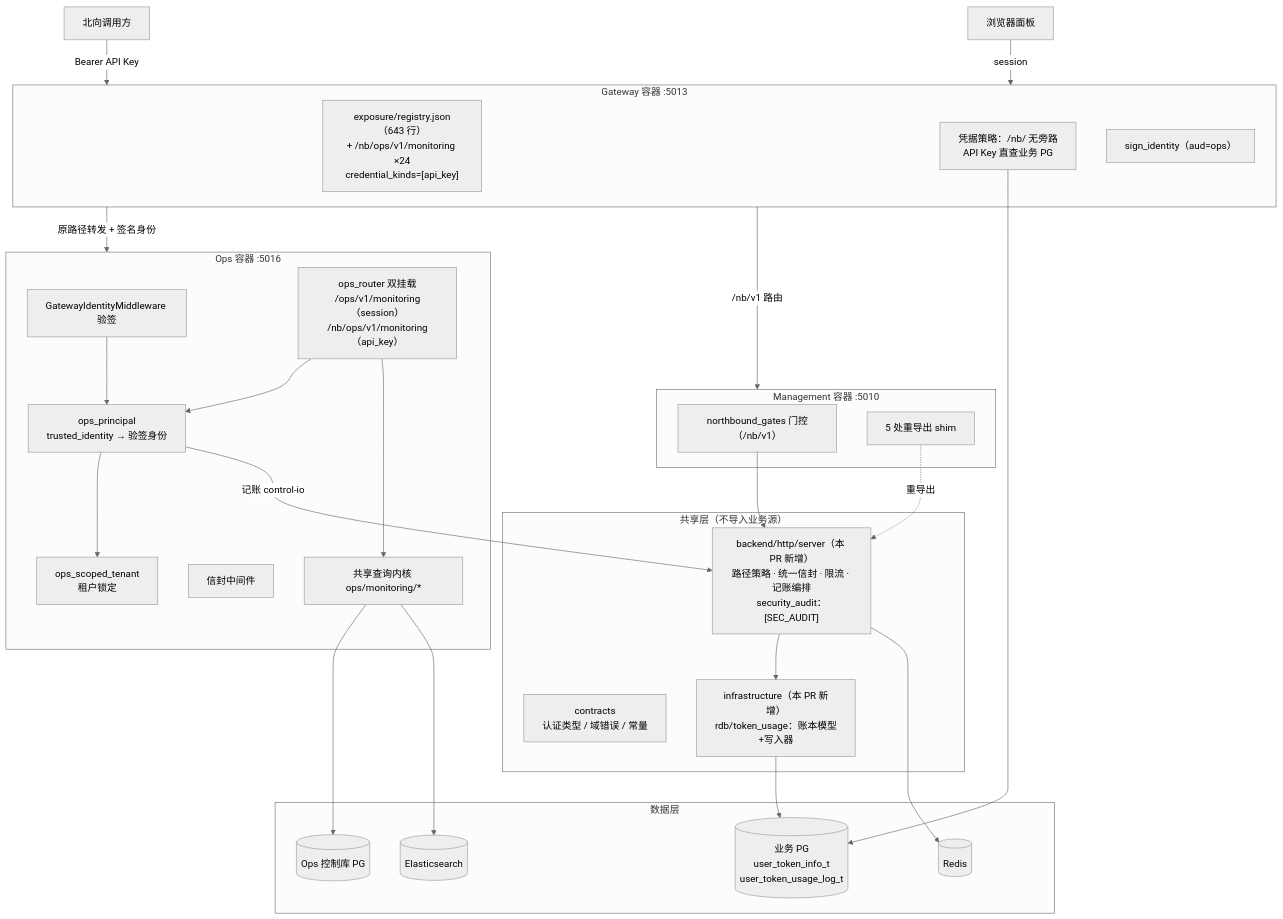
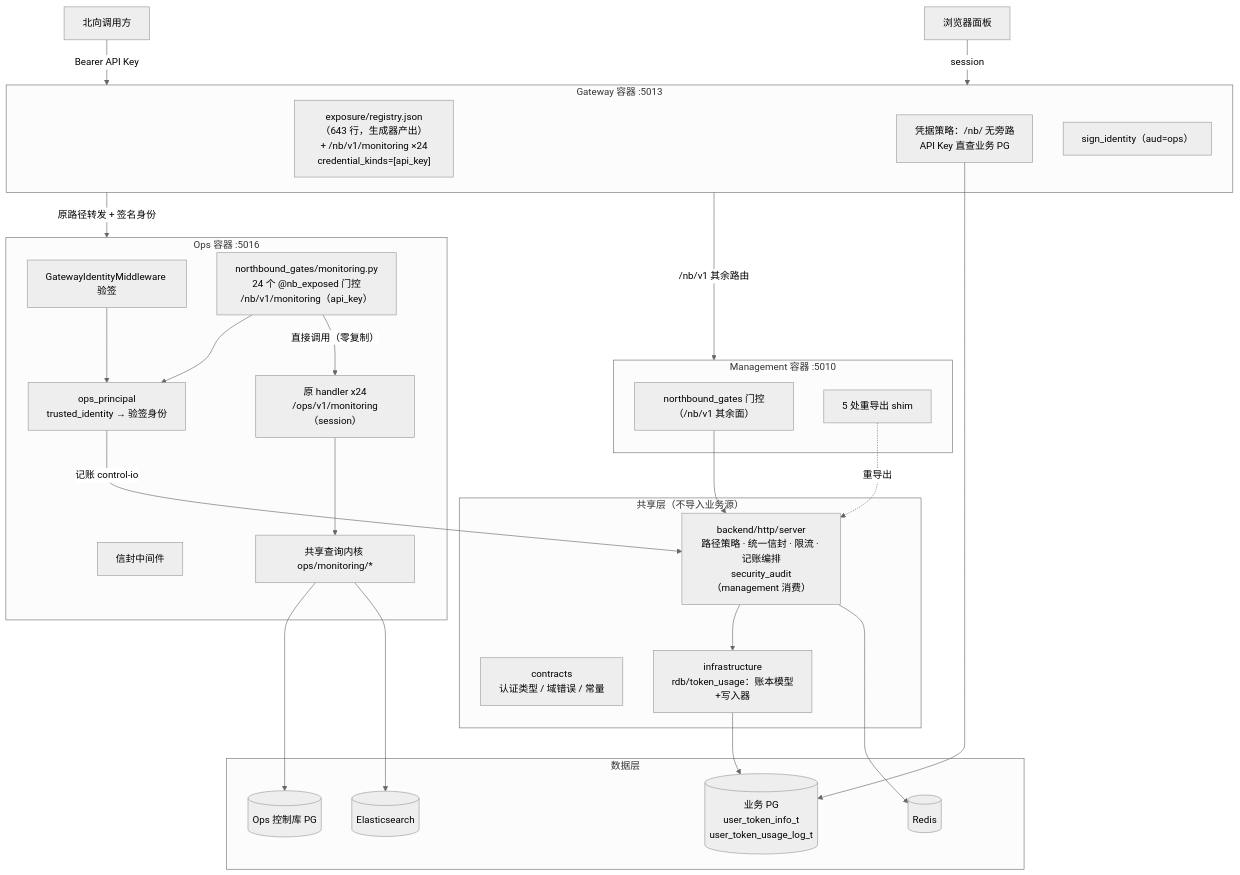
Before and after one commit to ModelEngine-Group/nexent: the first of 2 diagrams in docs/handoffs/2026-11-27-northbound-monitoring-reuse-design.md, drawn with Mermaid (neutral theme). The commit also changed other lines of this file and 15 other files, not shown here.

````diff
--- a/docs/handoffs/2026-11-27-northbound-monitoring-reuse-design.md
+++ b/docs/handoffs/2026-11-27-northbound-monitoring-reuse-design.md
@@ -91,53 +80,54 @@
 ```mermaid
 flowchart TB
     P[北向调用方] -- "Bearer API Key" --> GW
     B[浏览器面板] -- "session" --> GW
 
     subgraph GW["Gateway 容器 :5013"]
-        REG["exposure/registry.json（643 行）<br/>+ /nb/ops/v1/monitoring ×24<br/>credential_kinds=[api_key]"]
+        REG["exposure/registry.json（643 行，生成器产出）<br/>+ /nb/v1/monitoring ×24<br/>credential_kinds=[api_key]"]
         CRED["凭据策略：/nb/ 无旁路<br/>API Key 直查业务 PG"]
         SIGN["sign_identity（aud=ops）"]
     end
 
     subgraph SHARED["共享层（不导入业务源）"]
         CONTRACTS["contracts<br/>认证类型 / 域错误 / 常量"]
-        WEBSH["backend/http/server（本 PR 新增）<br/>路径策略 · 统一信封 · 限流 · 记账编排<br/>security_audit：[SEC_AUDIT]"]
-        RDASH["infrastructure（本 PR 新增）<br/>rdb/token_usage：账本模型+写入器"]
+        WEBSH["backend/http/server<br/>路径策略 · 统一信封 · 限流 · 记账编排<br/>security_audit（management 消费）"]
+        RDASH["infrastructure<br/>rdb/token_usage：账本模型+写入器"]
     end
 
     subgraph OPS["Ops 容器 :5016"]
         GIM["GatewayIdentityMiddleware 验签"]
-        MOUNT["ops_router 双挂载<br/>/ops/v1/monitoring（session）<br/>/nb/ops/v1/monitoring（api_key）"]
+        GATES["northbound_gates/monitoring.py<br/>24 个 @nb_exposed 门控<br/>/nb/v1/monitoring（api_key）"]
         PRIN["ops_principal<br/>trusted_identity → 验签身份"]
-        LOCK["ops_scoped_tenant<br/>租户锁定"]
+        HANDLERS["原 handler x24<br/>/ops/v1/monitoring（session）"]
         ENVM["信封中间件"]
         KERNEL["共享查询内核 ops/monitoring/*"]
     end
 
     subgraph MGMT["Management 容器 :5010"]
-        GATES["northbound_gates 门控（/nb/v1）"]
+        MGATES["northbound_gates 门控（/nb/v1 其余面）"]
         SHIM["5 处重导出 shim"]
     end
 
     subgraph DATA["数据层"]
         BPG[("业务 PG<br/>user_token_info_t<br/>user_token_usage_log_t")]
         OPG[("Ops 控制库 PG")]
         ES[("Elasticsearch")]
         RDS[("Redis")]
     end
 
     GW -- "原路径转发 + 签名身份" --> OPS
-    GW -- "/nb/v1 路由" --> MGMT
-    GIM --> PRIN --> LOCK
-    MOUNT --> PRIN
-    MOUNT --> KERNEL
+    GW -- "/nb/v1 其余路由" --> MGMT
+    GIM --> PRIN
+    GATES --> PRIN
+    GATES -->|"直接调用（零复制）"| HANDLERS
+    HANDLERS --> KERNEL
     PRIN -- "记账 control-io" --> WEBSH
-    GATES --> WEBSH
+    MGATES --> WEBSH
     SHIM -. "重导出" .-> WEBSH
     WEBSH --> RDASH
     RDASH --> BPG
     WEBSH --> RDS
     KERNEL --> OPG
     KERNEL --> ES
     CRED --> BPG
 ```
````
